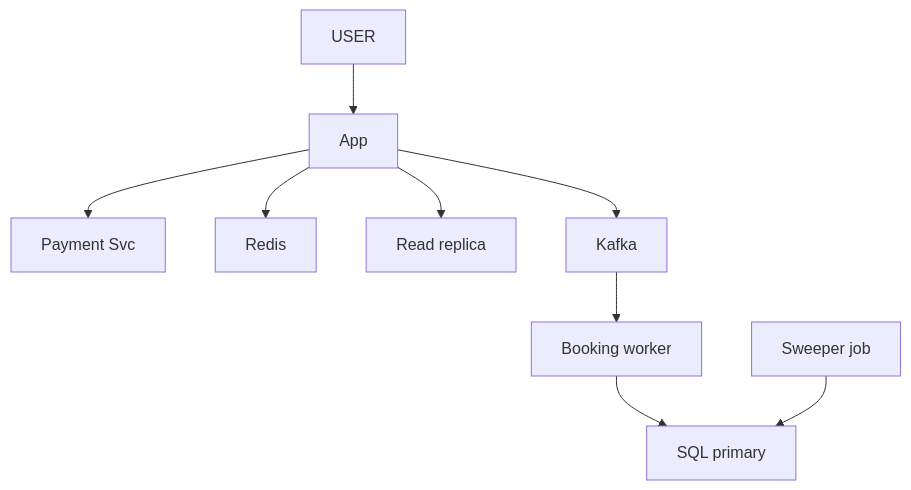
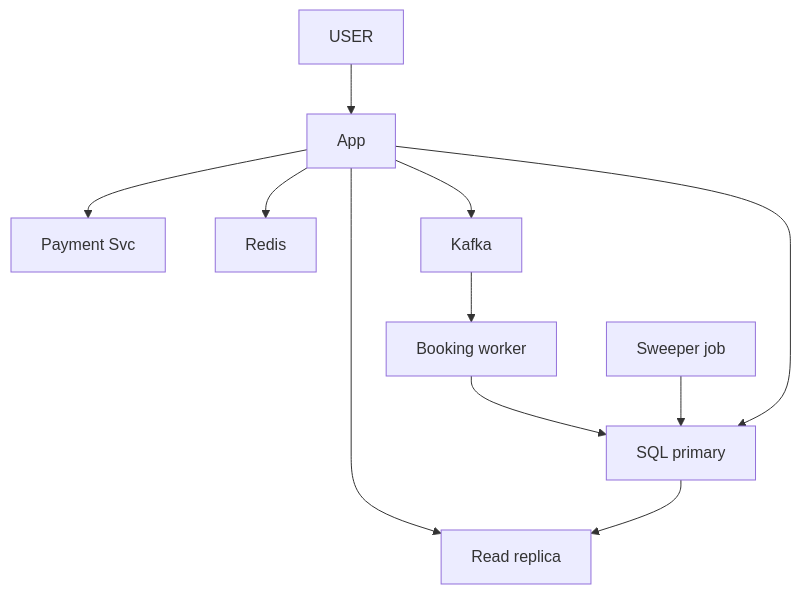
One commit to ArpanMaheshwari144/Prep changed the sixth of 8 diagrams in 04_HLD/SYSTEM_DESIGNS/09_bookmyshow/09_bookmyshow_INTERVIEW.md. Above: the diagram before and after it, drawn with Mermaid. The commit also changed other lines of this file and 12 other files, not shown here.

````diff
--- a/04_HLD/SYSTEM_DESIGNS/09_bookmyshow/09_bookmyshow_INTERVIEW.md
+++ b/04_HLD/SYSTEM_DESIGNS/09_bookmyshow/09_bookmyshow_INTERVIEW.md
@@ -273,20 +274,22 @@
 ```mermaid
 flowchart TD
     n_USER["USER"]
     n_App["App"]
     n_Payment_Svc["Payment Svc"]
     n_Redis["Redis"]
     n_Read_replica["Read replica"]
     n_Kafka["Kafka"]
     n_Booking_worker["Booking worker"]
     n_SQL_primary["SQL primary"]
     n_Sweeper_job["Sweeper job"]
     n_USER --> n_App
     n_App --> n_Payment_Svc
     n_App --> n_Redis
     n_App --> n_Read_replica
     n_App --> n_Kafka
     n_Kafka --> n_Booking_worker
     n_Booking_worker --> n_SQL_primary
     n_Sweeper_job --> n_SQL_primary
+    n_App --> n_SQL_primary
+    n_SQL_primary --> n_Read_replica
 ```
````
